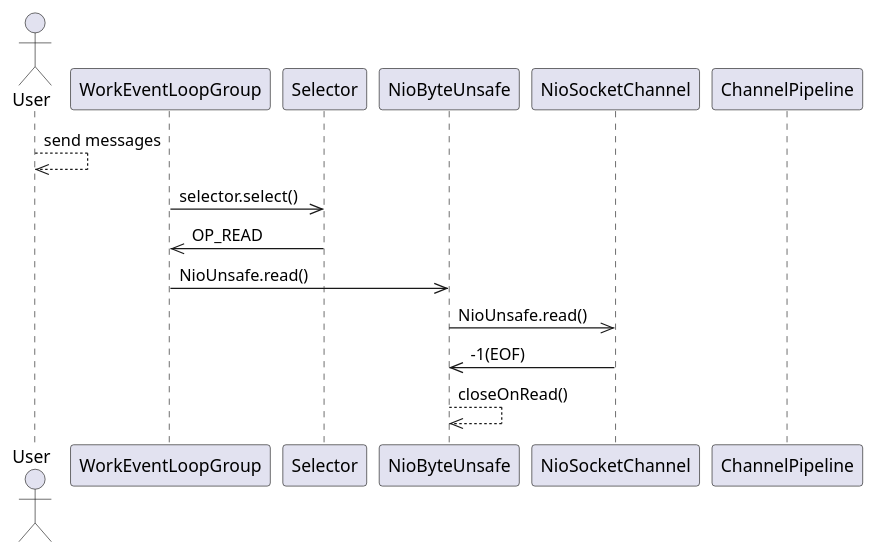
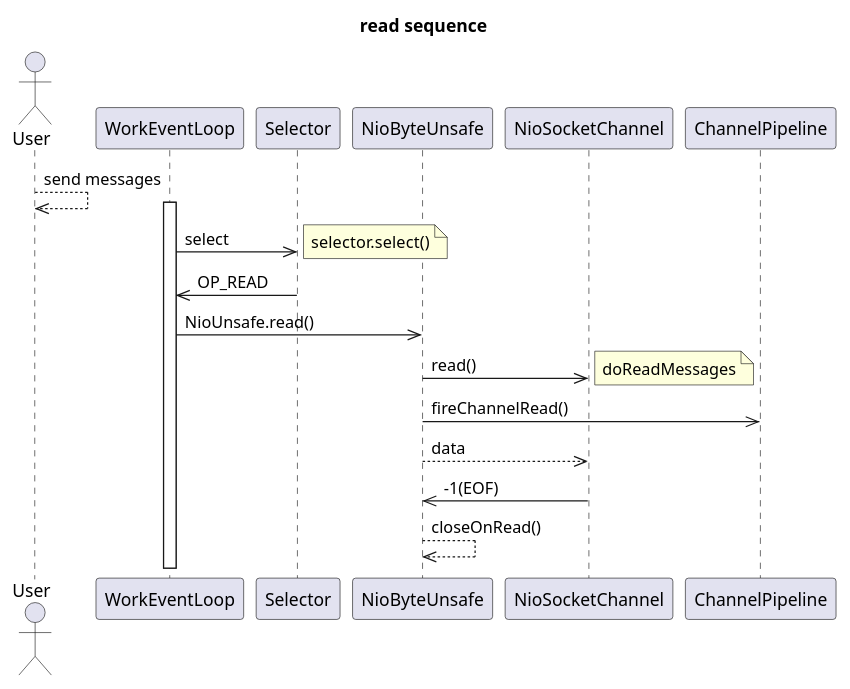
The fourth of 6 diagrams in docs/CS/Java/Netty/Netty.md (Robinpig/Note), drawn with PlantUML before and after one commit. The commit also changed other lines of this file and 6 other files, not shown here.

````diff
--- a/docs/CS/Java/Netty/Netty.md
+++ b/docs/CS/Java/Netty/Netty.md
@@ -114,16 +129,22 @@
 ```plantuml
+title: read sequence
 actor User
 User -->> User: send messages
-participant WorkEventLoopGroup as we
+participant WorkEventLoop as we
 participant Selector as se
-we ->> se: selector.select()
+activate we
+we ->> se: select
+note right: selector.select()
 se ->> we: OP_READ
 participant NioByteUnsafe as ue
 we ->> ue: NioUnsafe.read()
 participant NioSocketChannel as so
-ue ->> so: NioUnsafe.read()
+participant ChannelPipeline as pipe
+ue ->> so: read()
+note right: doReadMessages
+ue ->> pipe: fireChannelRead()
+ue -->> so: data
 so ->> ue: -1(EOF)
 ue -->> ue: closeOnRead()
-participant ChannelPipeline as pipe
 
 ```
````
